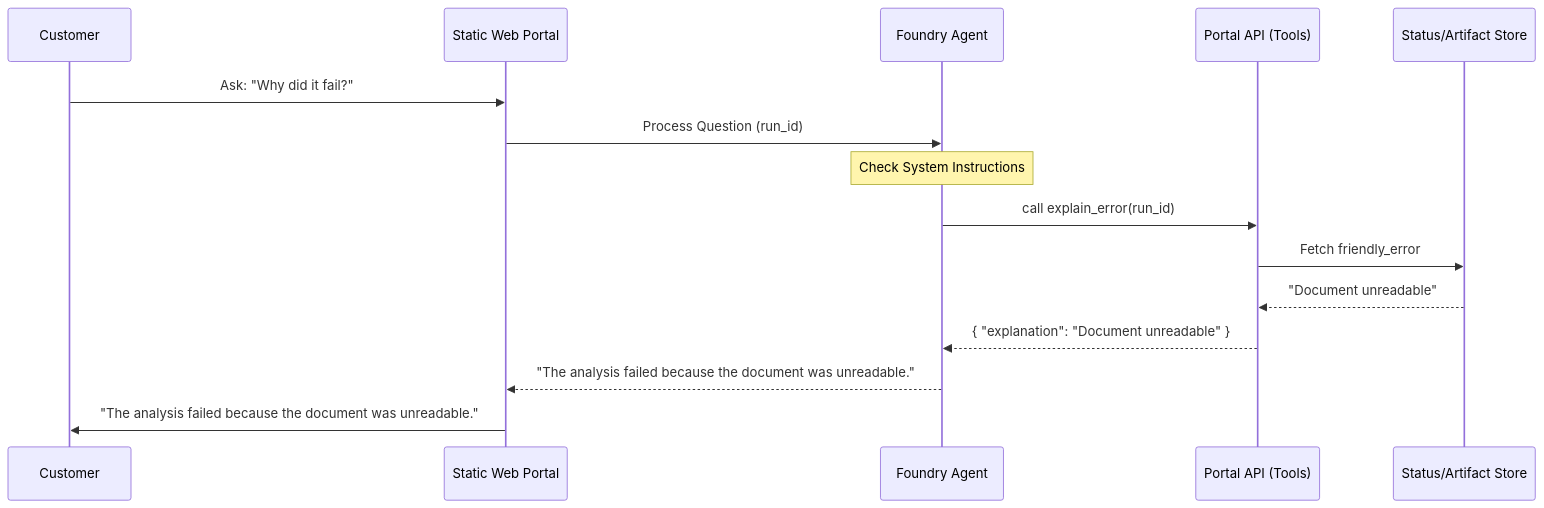
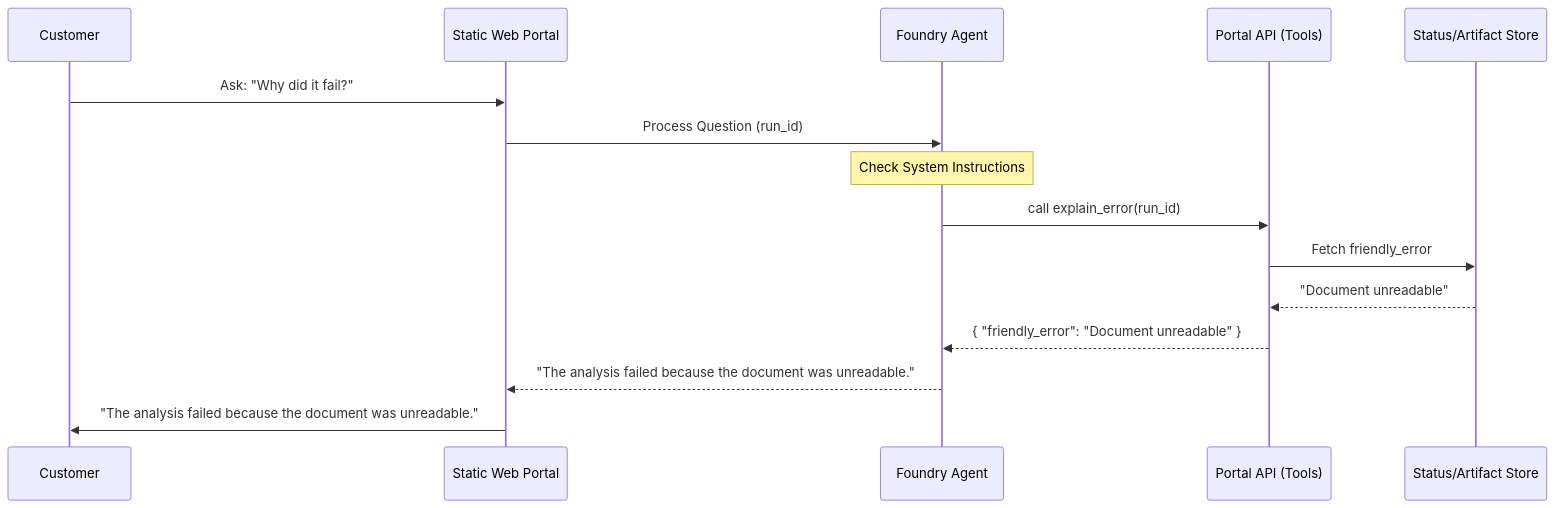
Before and after one commit to wildersa/azure_ref_kit: the diagram in building-blocks/agents/pipeline-assistant-foundry/README.md, drawn with Mermaid. The commit also changed 3 other files, not shown here.

````diff
--- a/building-blocks/agents/pipeline-assistant-foundry/README.md
+++ b/building-blocks/agents/pipeline-assistant-foundry/README.md
@@ -47,18 +47,18 @@
 ```mermaid
 sequenceDiagram
     participant User as Customer
     participant Portal as Static Web Portal
     participant Agent as Foundry Agent
     participant Tool as Portal API (Tools)
     participant Data as Status/Artifact Store
 
     User->>Portal: Ask: "Why did it fail?"
     Portal->>Agent: Process Question (run_id)
     Note over Agent: Check System Instructions
     Agent->>Tool: call explain_error(run_id)
     Tool->>Data: Fetch friendly_error
     Data-->>Tool: "Document unreadable"
-    Tool-->>Agent: { "explanation": "Document unreadable" }
+    Tool-->>Agent: { "friendly_error": "Document unreadable" }
     Agent-->>Portal: "The analysis failed because the document was unreadable."
     Portal->>User: "The analysis failed because the document was unreadable."
 ```
````
